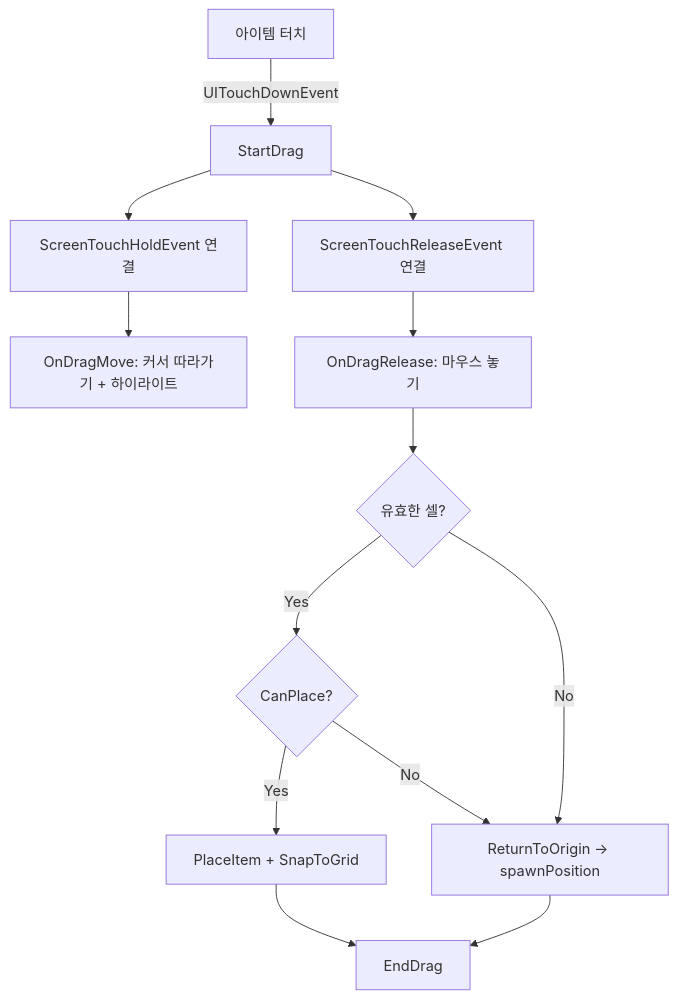
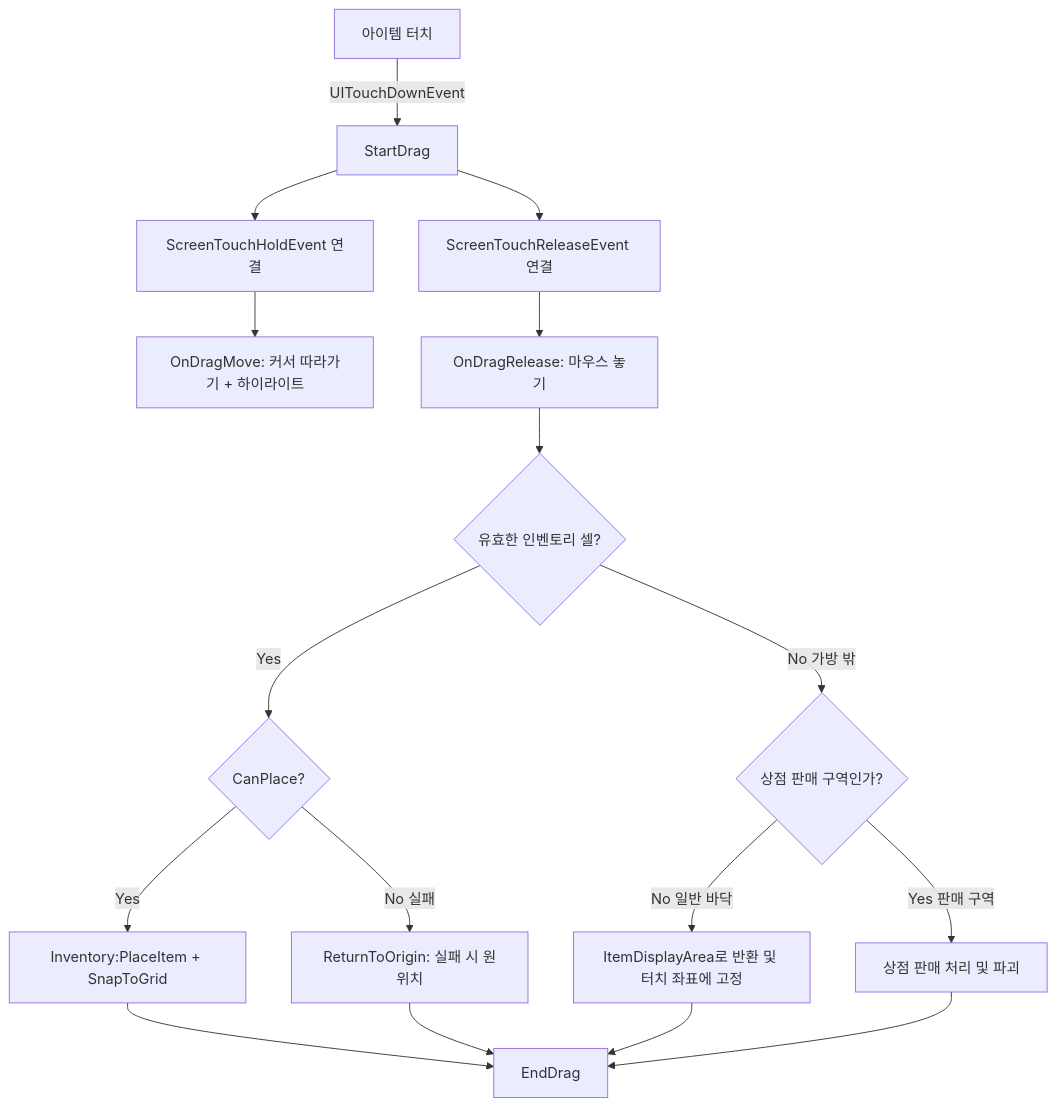
One commit to tigerlow0723-blip/MapleWorld changed the diagram in .agent/specs/inventory-spec.md. Above: the diagram before and after it, drawn with Mermaid. The commit also changed other lines of this file and 6 other files, not shown here.

````diff
--- a/.agent/specs/inventory-spec.md
+++ b/.agent/specs/inventory-spec.md
@@ -154,15 +154,19 @@
 ```mermaid
 graph TD
     A[아이템 터치] -->|UITouchDownEvent| B[StartDrag]
     B --> C[ScreenTouchHoldEvent 연결]
     B --> D[ScreenTouchReleaseEvent 연결]
     C --> E[OnDragMove: 커서 따라가기 + 하이라이트]
     D --> F[OnDragRelease: 마우스 놓기]
-    F --> G{유효한 셀?}
+    F --> G{유효한 인벤토리 셀?}
     G -->|Yes| H{CanPlace?}
-    G -->|No| I[ReturnToOrigin → spawnPosition]
-    H -->|Yes| J[PlaceItem + SnapToGrid]
-    H -->|No| I
+    G -->|No 가방 밖| S{상점 판매 구역인가?}
+    S -->|Yes 판매 구역| Sold[상점 판매 처리 및 파괴]
+    S -->|No 일반 바닥| Floor[ItemDisplayArea로 반환 및 터치 좌표에 고정]
+    H -->|Yes| J[Inventory:PlaceItem + SnapToGrid]
+    H -->|No 실패| Return[ReturnToOrigin: 실패 시 원위치]
     J --> K[EndDrag]
-    I --> K
+    Return --> K
+    Floor --> K
+    Sold --> K
 ```
````
